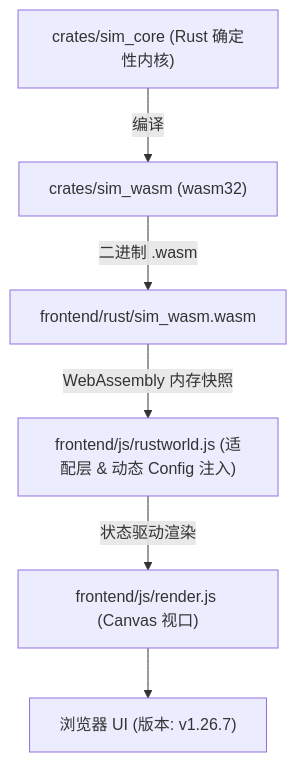
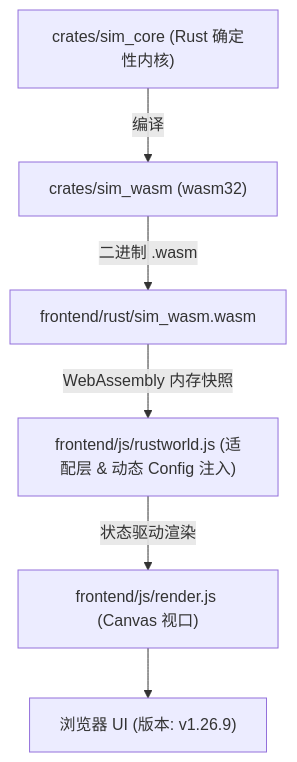
The diagram in AGENTS.md (g39088902/FlowAndAccord), drawn with Mermaid before and after one commit. The commit also changed other lines of this file and 13 other files, not shown here.

````diff
--- a/AGENTS.md
+++ b/AGENTS.md
@@ -51,8 +51,8 @@
 ```mermaid
 graph TD
     A["crates/sim_core (Rust 确定性内核)"] -->|编译| B["crates/sim_wasm (wasm32)"]
     B -->|二进制 .wasm| C["frontend/rust/sim_wasm.wasm"]
     C -->|WebAssembly 内存快照| D["frontend/js/rustworld.js (适配层 & 动态 Config 注入)"]
     D -->|状态驱动渲染| E["frontend/js/render.js (Canvas 视口)"]
-    E --> F["浏览器 UI (版本: v1.26.7)"]
+    E --> F["浏览器 UI (版本: v1.26.9)"]
 ```
````
